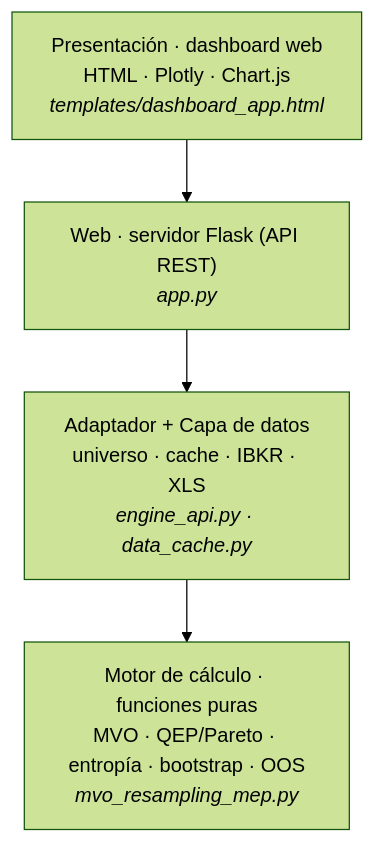
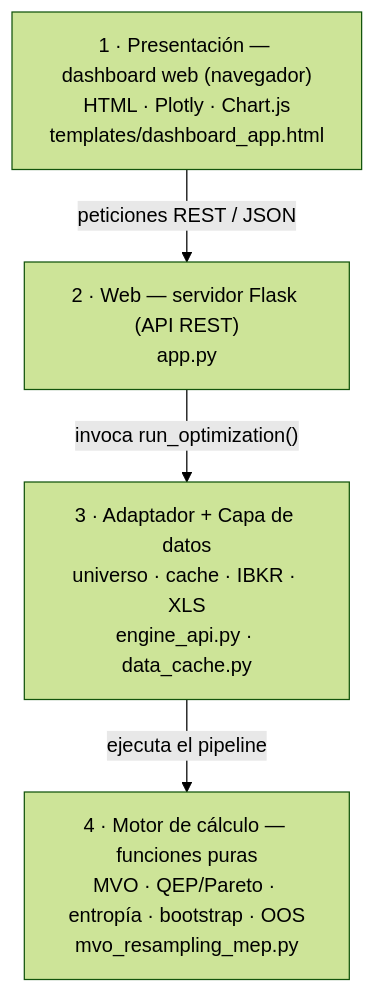
One commit to carlesAC0/max-entropy-portfolio-optimizer changed the diagram in README.md. Above: the diagram before and after it, drawn with Mermaid (forest theme). The commit also changed other lines of this file, not shown here.

Commit message:
README: diagrama de arquitectura con dependencias etiquetadas

````diff
--- a/README.md
+++ b/README.md
@@ -68,8 +71,10 @@
 ```mermaid
 flowchart TD
-    UI["Presentación · dashboard web<br/>HTML · Plotly · Chart.js<br/><i>templates/dashboard_app.html</i>"]
-    WEB["Web · servidor Flask (API REST)<br/><i>app.py</i>"]
-    AD["Adaptador + Capa de datos<br/>universo · cache · IBKR · XLS<br/><i>engine_api.py · data_cache.py</i>"]
-    ENG["Motor de cálculo · funciones puras<br/>MVO · QEP/Pareto · entropía · bootstrap · OOS<br/><i>mvo_resampling_mep.py</i>"]
-    UI --> WEB --> AD --> ENG
+    UI["1 · Presentación — dashboard web (navegador)<br/>HTML · Plotly · Chart.js<br/>templates/dashboard_app.html"]
+    WEB["2 · Web — servidor Flask (API REST)<br/>app.py"]
+    AD["3 · Adaptador + Capa de datos<br/>universo · cache · IBKR · XLS<br/>engine_api.py · data_cache.py"]
+    ENG["4 · Motor de cálculo — funciones puras<br/>MVO · QEP/Pareto · entropía · bootstrap · OOS<br/>mvo_resampling_mep.py"]
+    UI -->|"peticiones REST / JSON"| WEB
+    WEB -->|"invoca run_optimization()"| AD
+    AD -->|"ejecuta el pipeline"| ENG
 ```
````
